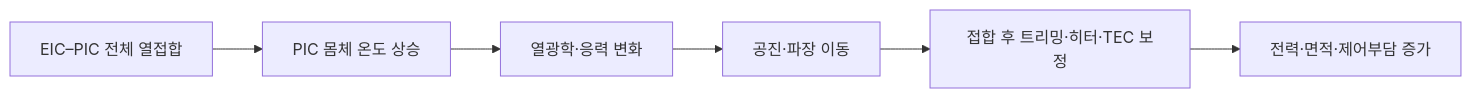
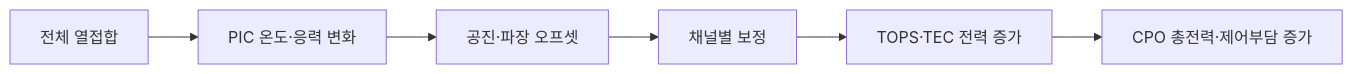
Before and after one commit to jhcho9494/Cools_CPO_Zero_Thermal_Budget_Bonding: the first of 2 diagrams in README_KR.md, drawn with Mermaid. The commit also changed other lines of this file, not shown here.

Commit message:
Clarify CPO bonding boundary and TOPS system impact

````diff
--- a/README_KR.md
+++ b/README_KR.md
@@ -20,8 +29,8 @@
 ```mermaid
 flowchart LR
-    A[EIC–PIC 전체 열접합] --> B[PIC 몸체 온도 상승]
-    B --> C[열광학·응력 변화]
-    C --> D[공진·파장 이동]
-    D --> E[접합 후 트리밍·히터·TEC 보정]
-    E --> F[전력·면적·제어부담 증가]
+    A[전체 열접합] --> B[PIC 온도·응력 변화]
+    B --> C[공진·파장 오프셋]
+    C --> D[채널별 보정]
+    D --> E[TOPS·TEC 전력 증가]
+    E --> F[CPO 총전력·제어부담 증가]
 ```
````
